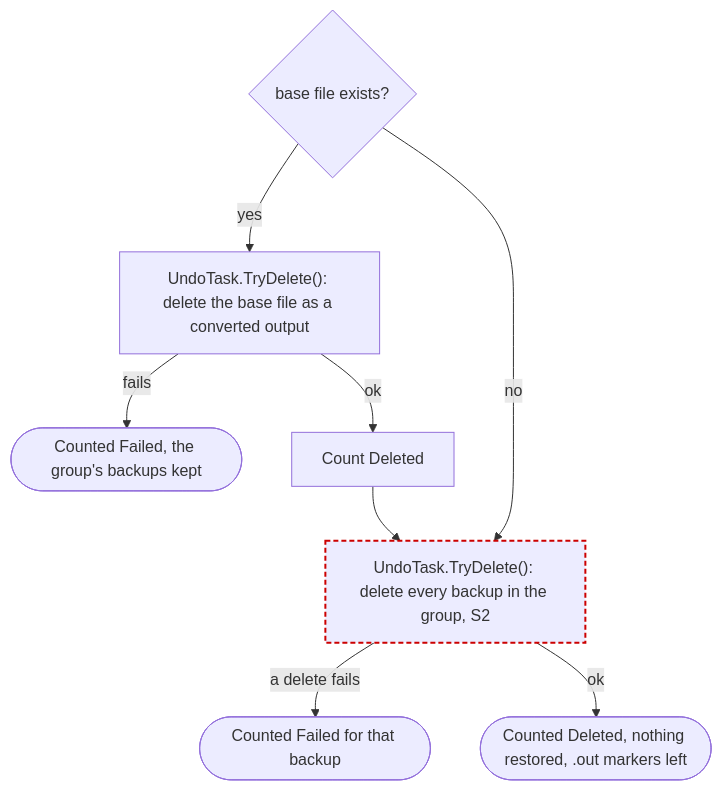
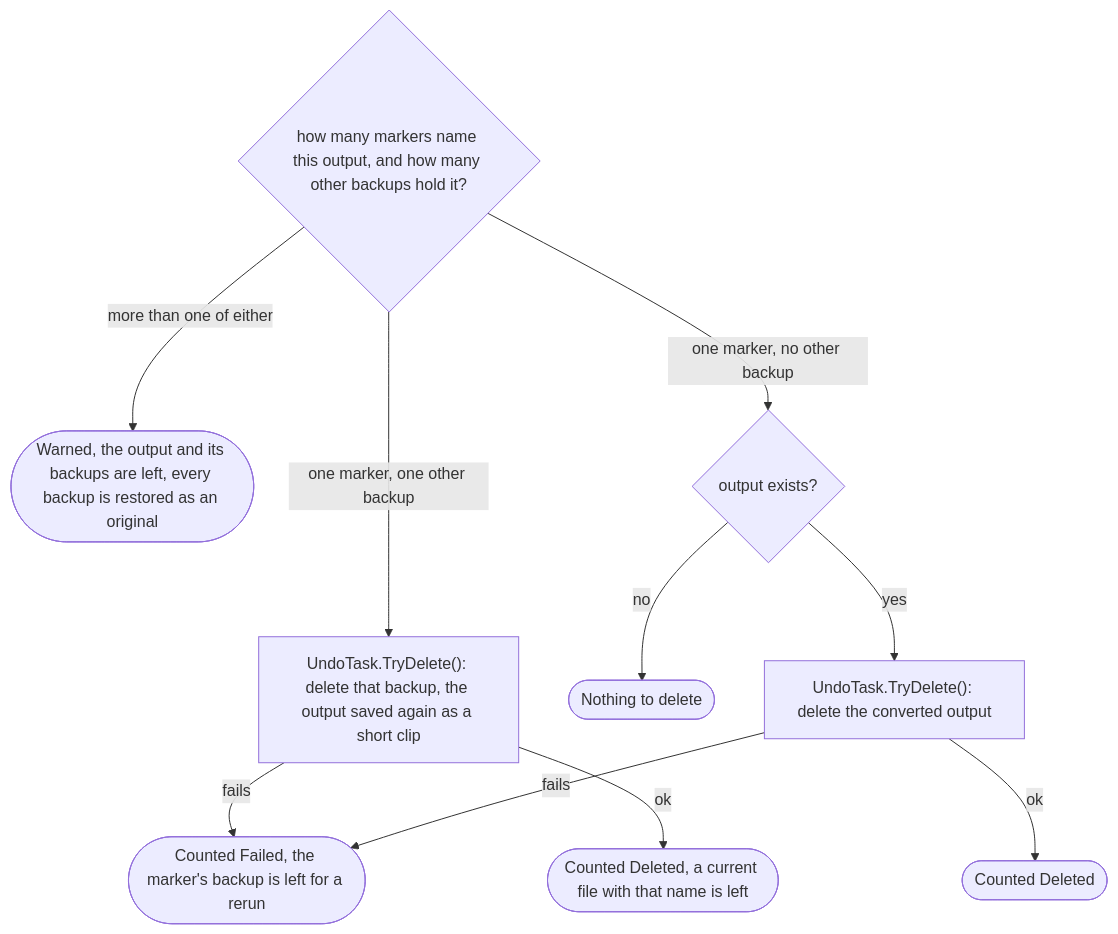
One commit to ptr727/PhotoCleaner changed diagram 20 of 23 in ARCHITECTURE.md. Above: the diagram before and after it, drawn with Mermaid. The commit also changed other lines of this file and 3 other files, not shown here.

First line of the commit message:
Undo Only What Process Recorded, and Never Delete an Original

````diff
--- a/ARCHITECTURE.md
+++ b/ARCHITECTURE.md
@@ -1000,12 +1001,13 @@
 ```mermaid
 flowchart TD
-  D1{"base file exists?"}
-  D1 -->|"yes"| D2["UndoTask.TryDelete(): delete the base file as a converted output"]
-  D2 -->|"fails"| D3(["Counted Failed, the group's backups kept"])
-  D2 -->|"ok"| D4["Count Deleted"]
-  D1 -->|"no"| D5
-  D4 --> D5["UndoTask.TryDelete(): delete every backup in the group, S2"]:::suspect
-  D5 -->|"a delete fails"| D6(["Counted Failed for that backup"])
-  D5 -->|"ok"| D7(["Counted Deleted, nothing restored, .out markers left"])
-  classDef suspect stroke:#c00,stroke-width:2px,stroke-dasharray:5 3
+  C1{"how many markers name this output, and how many other backups hold it?"}
+  C1 -->|"more than one of either"| C2(["Warned, the output and its backups are left, every backup is restored as an original"])
+  C1 -->|"one marker, one other backup"| C3["UndoTask.TryDelete(): delete that backup, the output saved again as a short clip"]
+  C3 -->|"fails"| C4(["Counted Failed, the marker's backup is left for a rerun"])
+  C3 -->|"ok"| C5(["Counted Deleted, a current file with that name is left"])
+  C1 -->|"one marker, no other backup"| C6{"output exists?"}
+  C6 -->|"no"| C7(["Nothing to delete"])
+  C6 -->|"yes"| C8["UndoTask.TryDelete(): delete the converted output"]
+  C8 -->|"fails"| C4
+  C8 -->|"ok"| C9(["Counted Deleted"])
 ```
````
